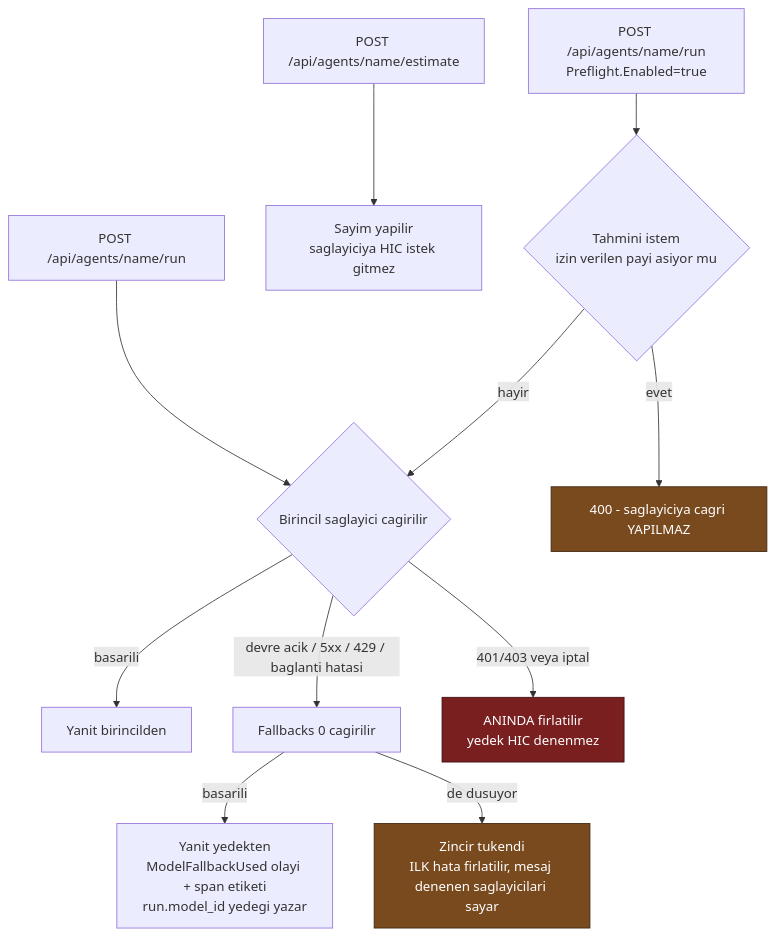
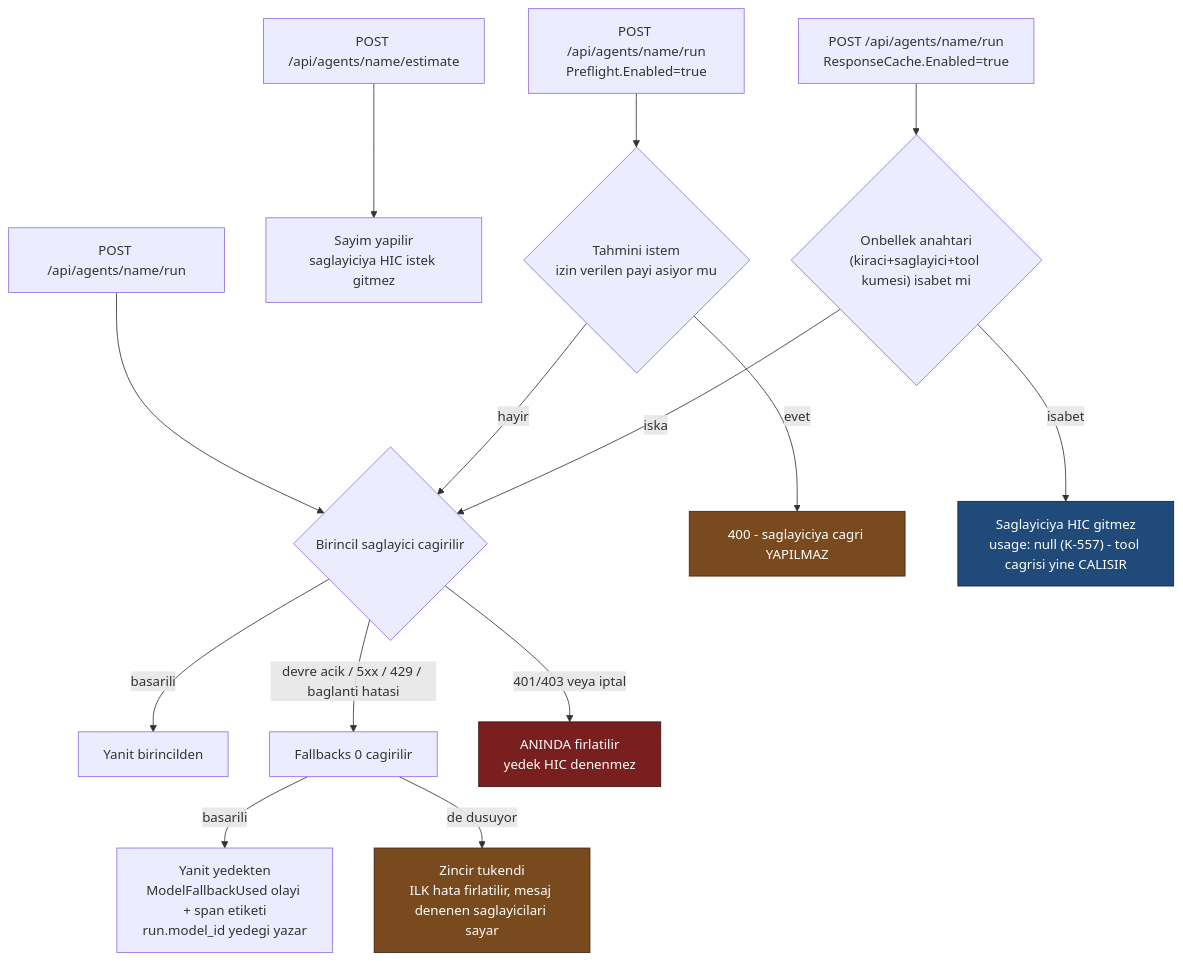
The diagram in docs/manuel-test/27-MODEL-YEDEK-VE-ON-UCUS.md (farukatasoy/Tracon), drawn with Mermaid before and after one commit. The commit also changed other lines of this file and 39 other files, not shown here.

````diff
--- a/docs/manuel-test/27-MODEL-YEDEK-VE-ON-UCUS.md
+++ b/docs/manuel-test/27-MODEL-YEDEK-VE-ON-UCUS.md
@@ -27,19 +29,24 @@
 ```mermaid
 flowchart TD
     A["POST /api/agents/name/run"] --> B{"Birincil saglayici cagirilir"}
     B -- "basarili" --> C["Yanit birincilden"]
     B -- "devre acik / 5xx / 429 / baglanti hatasi" --> D["Fallbacks 0 cagirilir"]
     D -- "basarili" --> E["Yanit yedekten<br/>ModelFallbackUsed olayi + span etiketi<br/>run.model_id yedegi yazar"]
     D -- "de dusuyor" --> F["Zincir tukendi<br/>ILK hata firlatilir, mesaj denenen saglayicilari sayar"]
     B -- "401/403 veya iptal" --> G["ANINDA firlatilir<br/>yedek HIC denenmez"]
 
     H["POST /api/agents/name/estimate"] --> I["Sayim yapilir<br/>saglayiciya HIC istek gitmez"]
 
     J["POST /api/agents/name/run<br/>Preflight.Enabled=true"] --> K{"Tahmini istem<br/>izin verilen payi asiyor mu"}
     K -- "evet" --> L["400 - saglayiciya cagri YAPILMAZ"]
     K -- "hayir" --> B
 
+    M["POST /api/agents/name/run<br/>ResponseCache.Enabled=true"] --> N{"Onbellek anahtari<br/>(kiraci+saglayici+tool kumesi) isabet mi"}
+    N -- "isabet" --> O["Saglayiciya HIC gitmez<br/>usage: null (K-557) - tool cagrisi yine CALISIR"]
+    N -- "iska" --> B
+
     style F fill:#7a4a1f,stroke:#3d250f,color:#ffffff
     style G fill:#7a1f1f,stroke:#3d0f0f,color:#ffffff
     style L fill:#7a4a1f,stroke:#3d250f,color:#ffffff
+    style O fill:#1f4a7a,stroke:#0f253d,color:#ffffff
 ```
````
